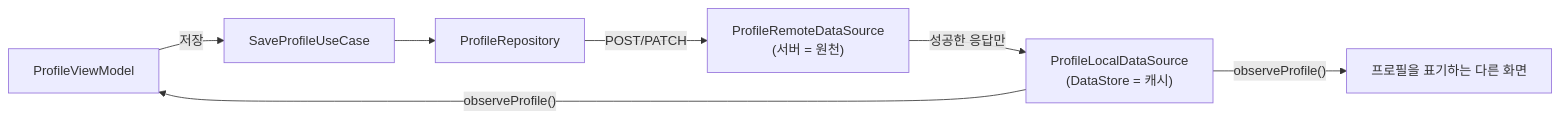
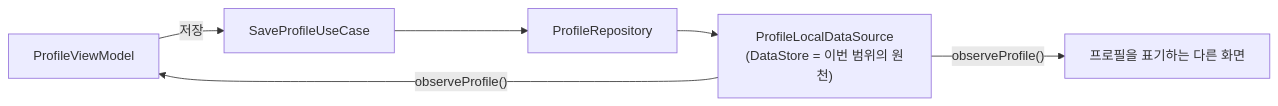
One commit to mash-up-kr/Team-MINO-Android changed the diagram in docs/specs/profile/data-model.md. Above: the diagram before and after it, drawn with Mermaid. The commit also changed other lines of this file and 8 other files, not shown here.

````diff
--- a/docs/specs/profile/data-model.md
+++ b/docs/specs/profile/data-model.md
@@ -27,9 +29,8 @@
 ```mermaid
 flowchart LR
     UI["ProfileViewModel"] -->|"저장"| UC["SaveProfileUseCase"]
     UC --> Repo["ProfileRepository"]
-    Repo -->|"POST/PATCH"| Remote["ProfileRemoteDataSource<br/>(서버 = 원천)"]
-    Remote -->|"성공한 응답만"| Cache["ProfileLocalDataSource<br/>(DataStore = 캐시)"]
-    Cache -->|"observeProfile()"| UI
-    Cache -->|"observeProfile()"| Others["프로필을 표기하는 다른 화면"]
+    Repo --> Local["ProfileLocalDataSource<br/>(DataStore = 이번 범위의 원천)"]
+    Local -->|"observeProfile()"| UI
+    Local -->|"observeProfile()"| Others["프로필을 표기하는 다른 화면"]
 ```
````
